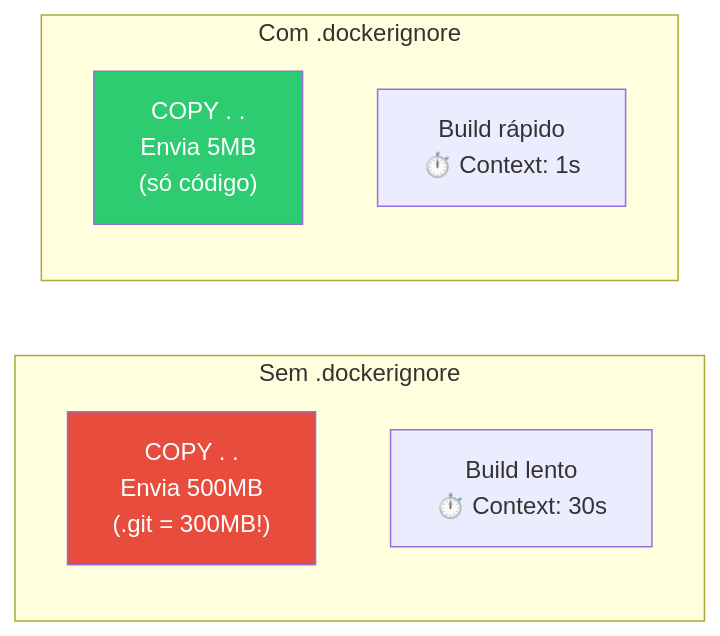
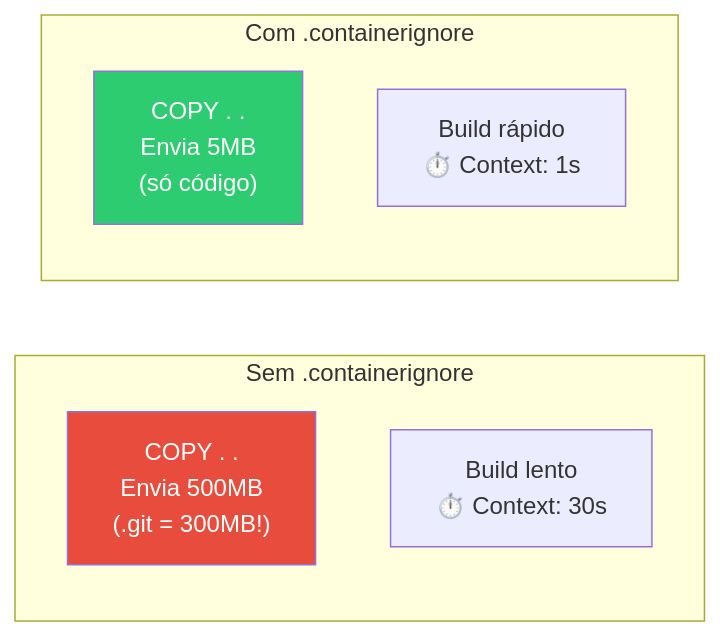
Before and after one commit to deusemarjunior/trein-java-intermed: the third of 3 diagrams in dia-07/slide-03.md, drawn with Mermaid. The commit also changed other lines of this file and 100 other files, not shown here.

````diff
--- a/dia-07/slide-03.md
+++ b/dia-07/slide-03.md
@@ -136,15 +136,15 @@
 ```mermaid
 graph LR
-    subgraph "Sem .dockerignore"
+    subgraph "Sem .containerignore"
         S1["COPY . .<br/>Envia 500MB<br/>(.git = 300MB!)"]
         S2["Build lento<br/>⏱️ Context: 30s"]
     end
 
-    subgraph "Com .dockerignore"
+    subgraph "Com .containerignore"
         C1["COPY . .<br/>Envia 5MB<br/>(só código)"]
         C2["Build rápido<br/>⏱️ Context: 1s"]
     end
 
     style S1 fill:#e74c3c,color:#fff
     style C1 fill:#2ecc71,color:#fff
 ```
````
